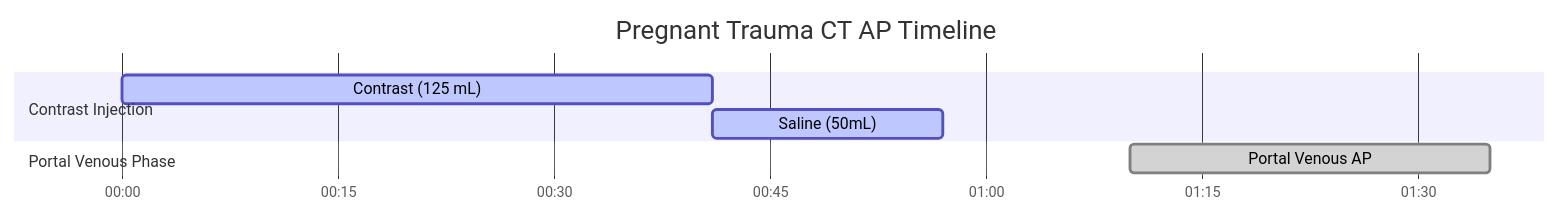
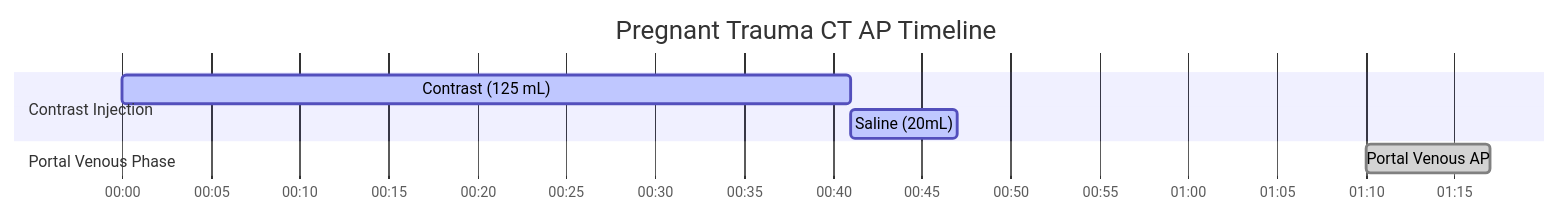
Before and after one commit to dfergs93/radiology-protocols: the diagram in docs/ct/trauma/pregnant-trauma-ct-ap.md, drawn with Mermaid. The commit also changed other lines of this file and 113 other files, not shown here.

````diff
--- a/docs/ct/trauma/pregnant-trauma-ct-ap.md
+++ b/docs/ct/trauma/pregnant-trauma-ct-ap.md
@@ -79,16 +80,16 @@
   ```mermaid
   ---
   config:
     theme: default
   ---
     gantt
       title Pregnant Trauma CT AP Timeline
       dateFormat mm:ss
       axisFormat %M:%S 
       
       section Contrast Injection
       Contrast (125 mL)    :active, contrast, 00:00, 41s
-      Saline (50mL)          :active, saline, after contrast, 16s
+      Saline (20mL)          :active, saline, after contrast, 6s
       section Portal Venous Phase
-      Portal Venous AP    :done, scan1, 01:10, 25s
+      Portal Venous AP    :done, scan1, 01:10, 7s
   ```
````
